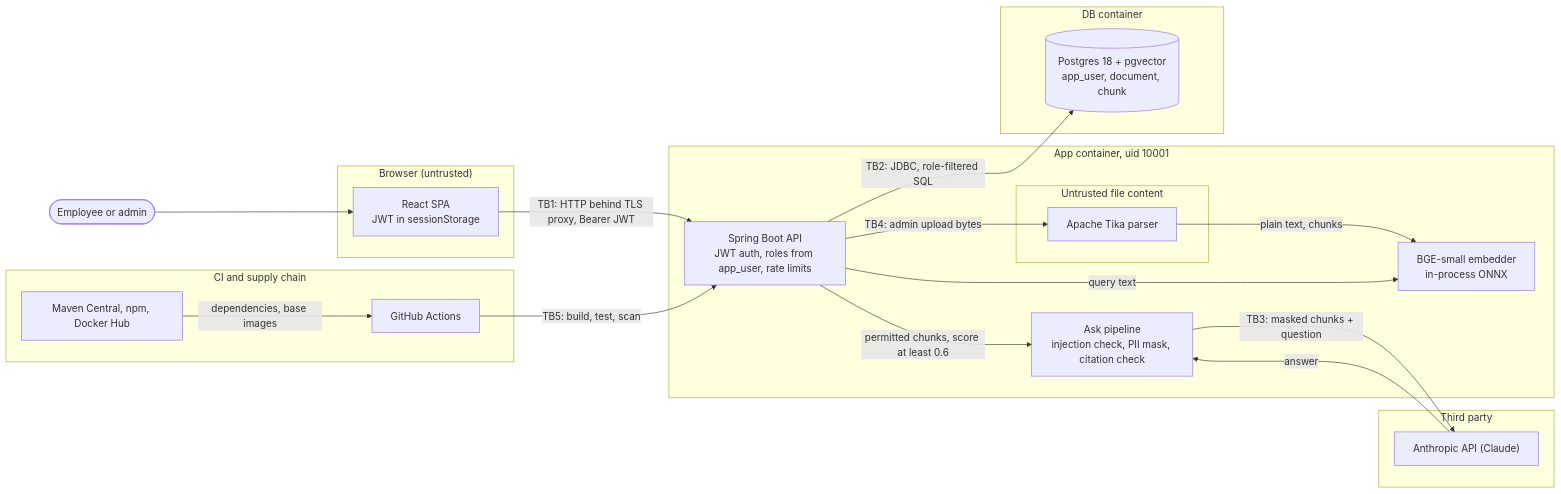
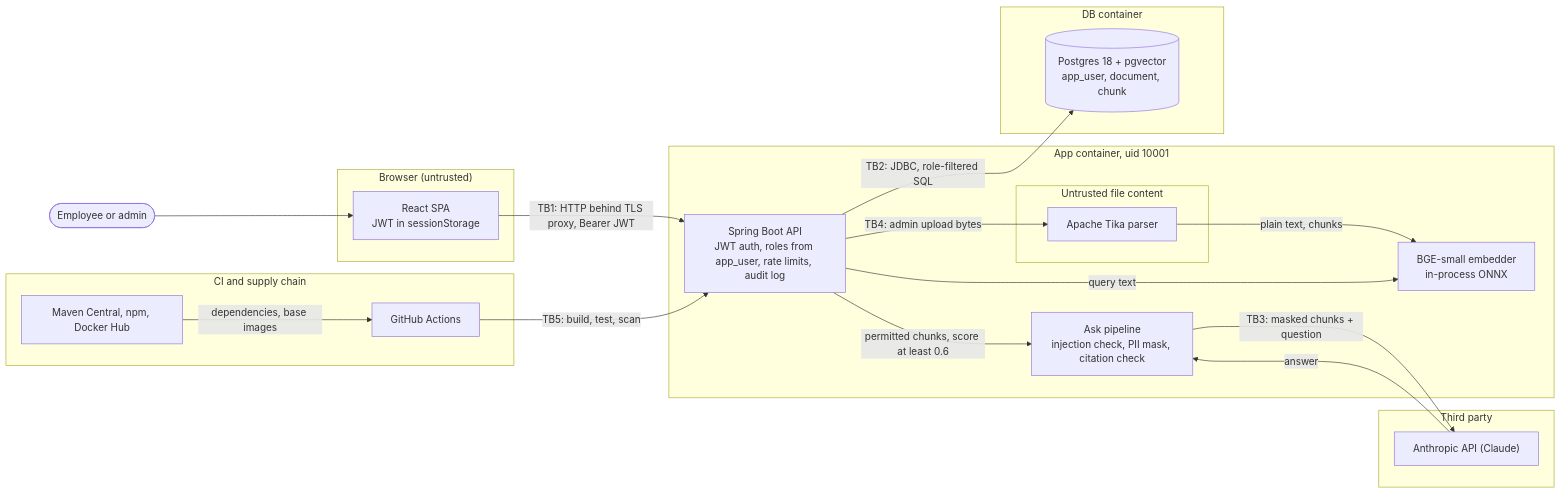
Before and after one commit to harshpahurkar/enterprise-rag-platform: the diagram in docs/threat-model.md, drawn with Mermaid. The commit also changed other lines of this file and 1 other file, not shown here.

````diff
--- a/docs/threat-model.md
+++ b/docs/threat-model.md
@@ -42,36 +43,36 @@
 ```mermaid
 flowchart LR
   user(["Employee or admin"])
   subgraph Z1["Browser (untrusted)"]
     spa["React SPA<br/>JWT in sessionStorage"]
   end
   subgraph Z2["App container, uid 10001"]
-    api["Spring Boot API<br/>JWT auth, roles from app_user, rate limits"]
+    api["Spring Boot API<br/>JWT auth, roles from app_user, rate limits, audit log"]
     emb["BGE-small embedder<br/>in-process ONNX"]
     ask["Ask pipeline<br/>injection check, PII mask, citation check"]
     subgraph Z3["Untrusted file content"]
       tika["Apache Tika parser"]
     end
   end
   subgraph Z4["DB container"]
     pg[("Postgres 18 + pgvector<br/>app_user, document, chunk")]
   end
   subgraph Z5["Third party"]
     claude["Anthropic API (Claude)"]
   end
   subgraph Z6["CI and supply chain"]
     gh["GitHub Actions"]
     reg["Maven Central, npm, Docker Hub"]
   end
   user --> spa
   spa -- "TB1: HTTP behind TLS proxy, Bearer JWT" --> api
   api -- "TB4: admin upload bytes" --> tika
   tika -- "plain text, chunks" --> emb
   api -- "query text" --> emb
   api -- "TB2: JDBC, role-filtered SQL" --> pg
   api -- "permitted chunks, score at least 0.6" --> ask
   ask -- "TB3: masked chunks + question" --> claude
   claude -- "answer" --> ask
   reg -- "dependencies, base images" --> gh
   gh -- "TB5: build, test, scan" --> api
 ```
````
